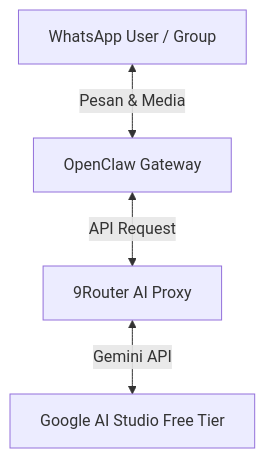
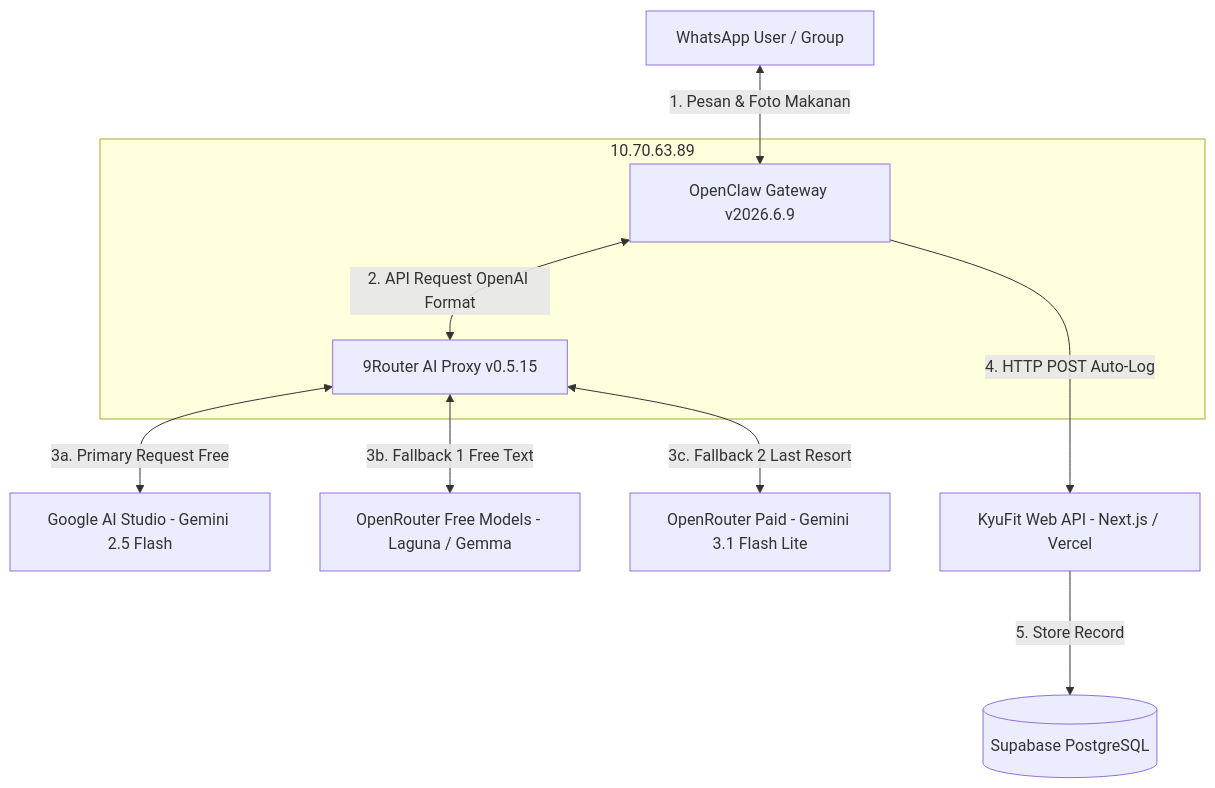
Before and after one commit to Rifpamks/KyuFit-app: the diagram in README.md, drawn with Mermaid. The commit also changed other lines of this file, not shown here.

Commit message:
docs: Update README.md with professional architecture and SOP guidelines

````diff
--- a/README.md
+++ b/README.md
@@ -12,6 +44,15 @@
-  ```mermaid
-  graph TD
-      WA[WhatsApp User / Group] <-->|Pesan & Media| OC[OpenClaw Gateway]
-      OC <-->|API Request| NR[9Router AI Proxy]
-      NR <-->|Gemini API| AIS[Google AI Studio Free Tier]
-  ```
+```mermaid
+graph TD
+    WA[WhatsApp User / Group] <-->|1. Pesan & Foto Makanan| OC[OpenClaw Gateway v2026.6.9]
+    
+    subgraph Local Standby Laptop [10.70.63.89]
+        OC <-->|2. API Request OpenAI Format| NR[9Router AI Proxy v0.5.15]
+    end
+
+    NR <-->|3a. Primary Request Free| AIS[Google AI Studio - Gemini 2.5 Flash]
+    NR <-->|3b. Fallback 1 Free Text| OR_FREE[OpenRouter Free Models - Laguna / Gemma]
+    NR <-->|3c. Fallback 2 Last Resort| OR_PAID[OpenRouter Paid - Gemini 3.1 Flash Lite]
+    
+    OC --->|4. HTTP POST Auto-Log| API[KyuFit Web API - Next.js / Vercel]
+    API --->|5. Store Record| DB[(Supabase PostgreSQL)]
+```
````
